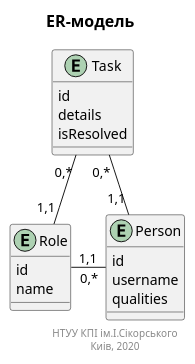
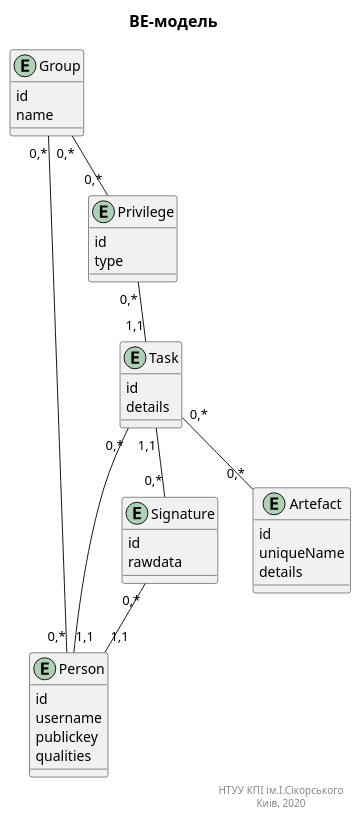
One commit to Jirobus/Core changed the diagram in docs/puml/ERM/erm.puml. Above: the diagram before and after it, drawn with PlantUML. The commit also changed 2 other files, not shown here.

Commit message:
Updated ER model

```diff
--- a/docs/puml/ERM/erm.puml
+++ b/docs/puml/ERM/erm.puml
@@ -1,31 +1,52 @@
 @startuml BEM
 title
-<font size=16 color=black>ER-модель
+<font size=16 color=black>BE-модель
 end title
 
 entity Person {
     id
     username
+    publickey
     qualities
 }
 
-entity Role {
+entity Group {
     id
     name
+}
+
+entity Privilege {
+    id
+    type
 }
 
 entity Task {
     id
     details
-    isResolved
 }
 
-Person "0,*"-l-"1,1" Role
-Task "0,*"-r-"1,1" Role
+entity Signature {
+    id
+    rawdata
+}
+
+entity Artefact {
+    id
+    uniqueName
+    details
+}
+
+Signature "0,*"--"1,1" Person
+Group "0,*"--"0,*" Person
+Group "0,*"--"0,*" Privilege
+Privilege "0,*"--"1,1" Task
+Task "1,1"--"0,*" Signature
 Task "0,*"-d-"1,1" Person
+Task "0,*"-d-"0,*" Artefact
+
 
 right footer
 НТУУ КПІ ім.І.Сікорського
 Киів, 2020
 end footer
 @enduml
```
